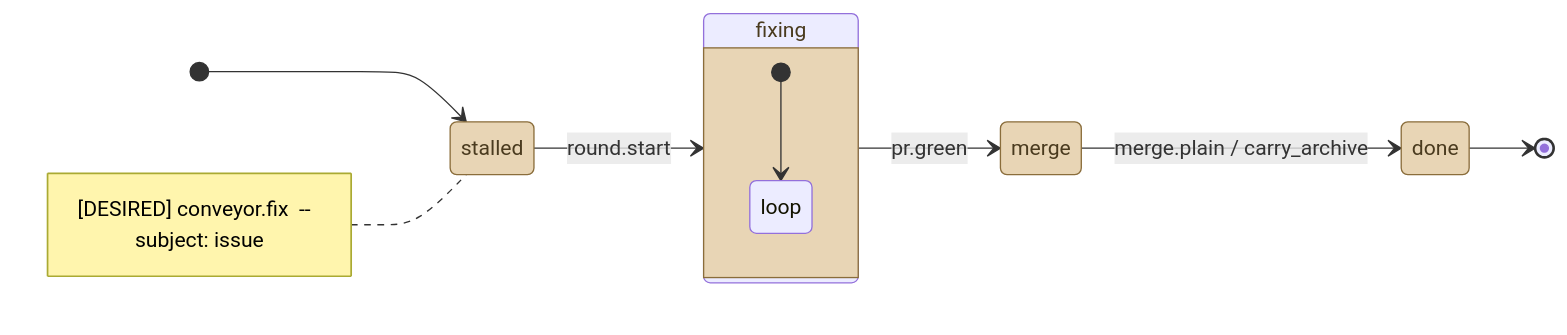
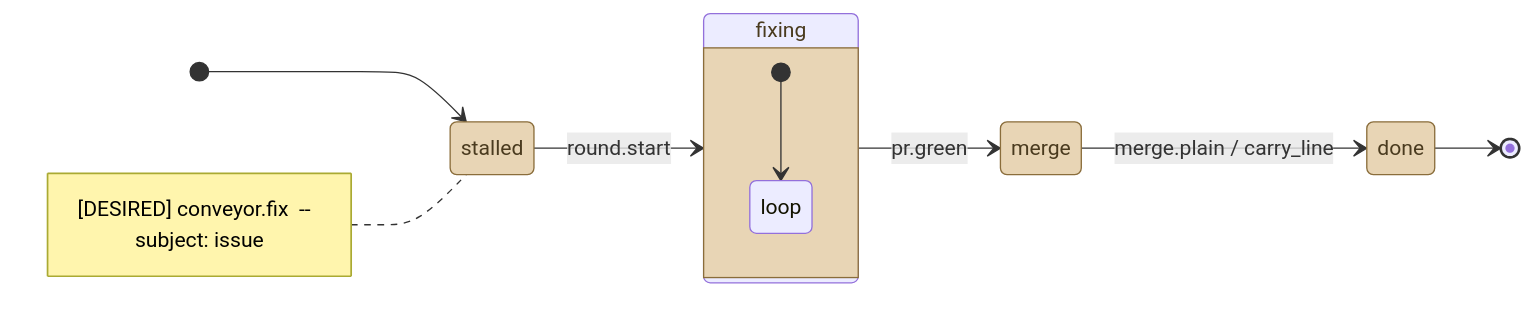
Before and after one commit to kostiantyn-matsebora/agent-ops-operator: the diagram in .github/conveyor-model/mermaid/desired/conveyor_fix.mmd, drawn with Mermaid. The commit also changed 3 other files, not shown here.

```diff
--- a/.github/conveyor-model/mermaid/desired/conveyor_fix.mmd
+++ b/.github/conveyor-model/mermaid/desired/conveyor_fix.mmd
@@ -1,21 +1,21 @@
 stateDiagram-v2
     direction LR
     [*] --> stalled
     note left of stalled
         [DESIRED] conveyor.fix  --  subject: issue
     end note
     classDef stationState fill:#e8d5b5,stroke:#8a6d3b,color:#4a3b1f
     classDef loopState fill:#c9e4de,stroke:#2f6b5e,color:#1a3b33
     state stalled
     state fixing
     state merge
     state done
     stalled --> fixing : round.start
     fixing --> merge : pr.green
-    merge --> done : merge.plain / carry_archive
+    merge --> done : merge.plain / carry_line
     done --> [*]
     class stalled, fixing, merge, done stationState
     state fixing {
         [*] --> loop
         state "loop" as loop
     }
```
